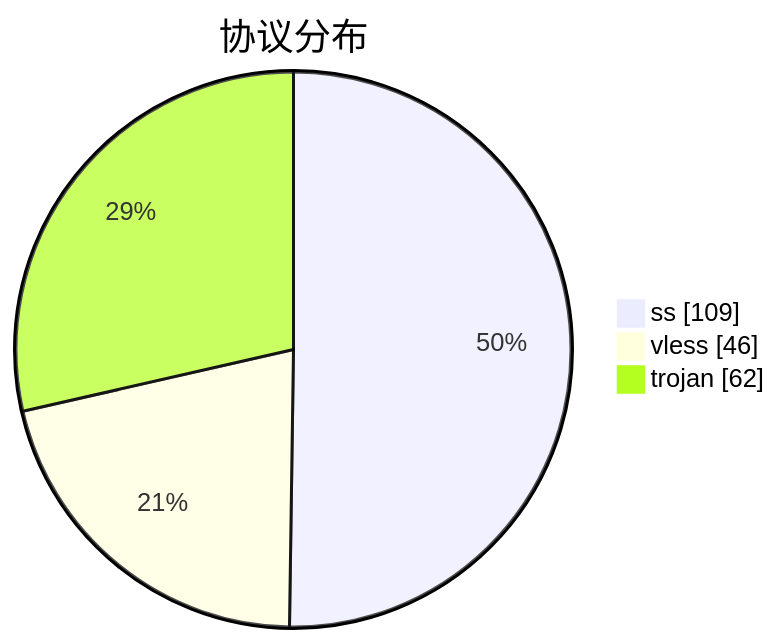
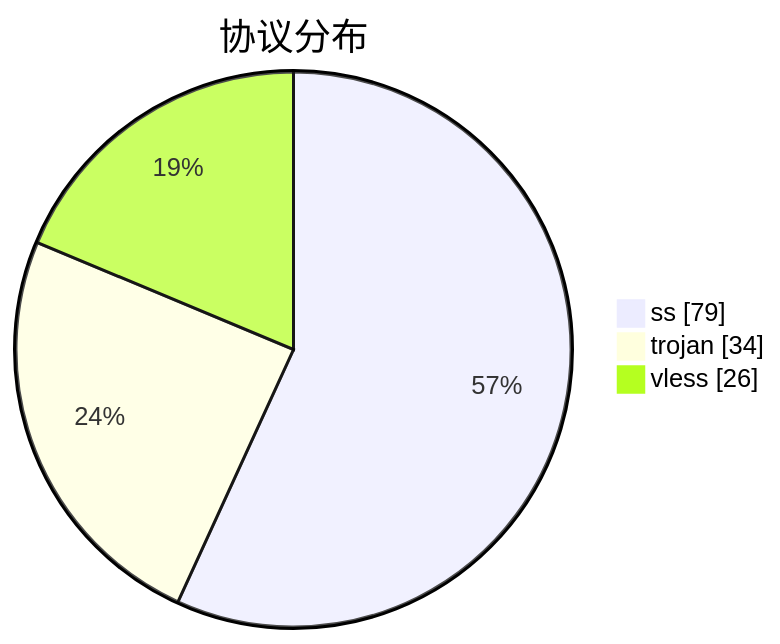
One commit to qjlxg/airport changed the third of 3 diagrams in subs/statistics/tested_within.md. Above: the diagram before and after it, drawn with Mermaid. The commit also changed other lines of this file and 2 other files, not shown here.

````diff
--- a/subs/statistics/tested_within.md
+++ b/subs/statistics/tested_within.md
@@ -35,7 +30,7 @@
 ```mermaid
 pie showData
 title 协议分布
-"ss" : 109
-"vless" : 46
-"trojan" : 62
+"ss" : 79
+"trojan" : 34
+"vless" : 26
 ```
````
